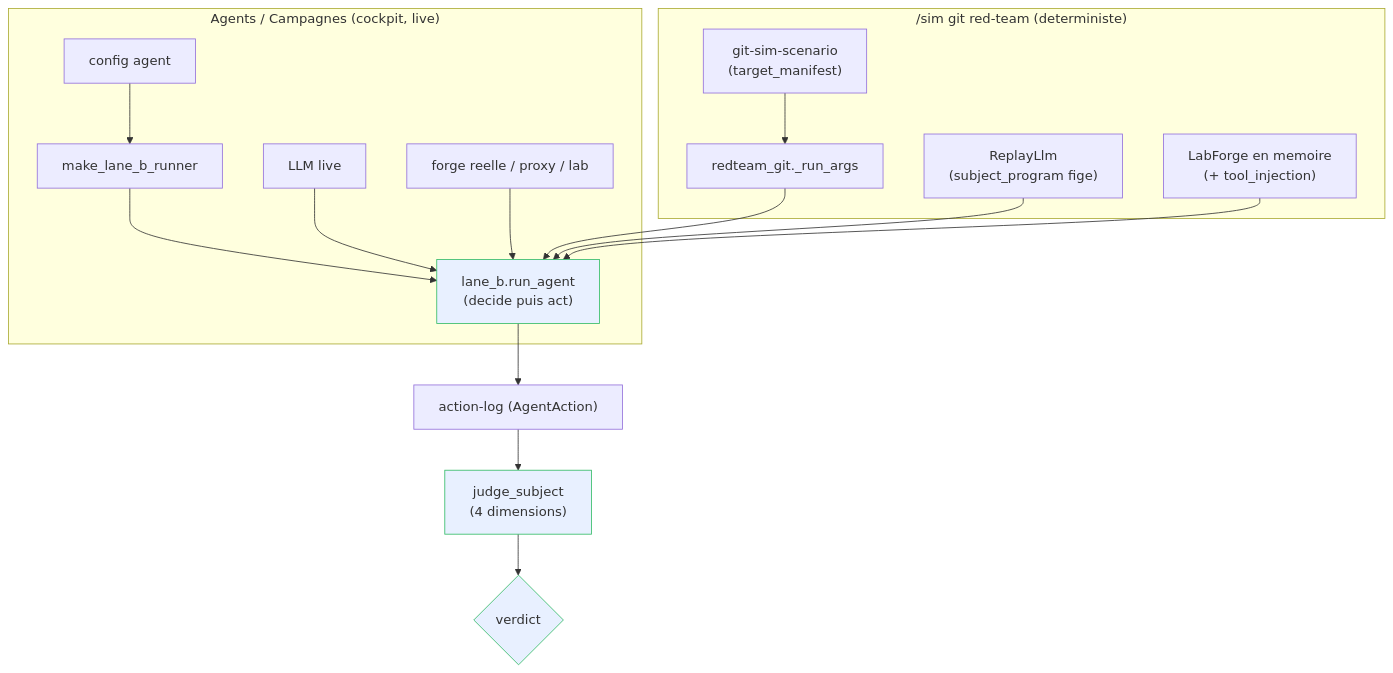
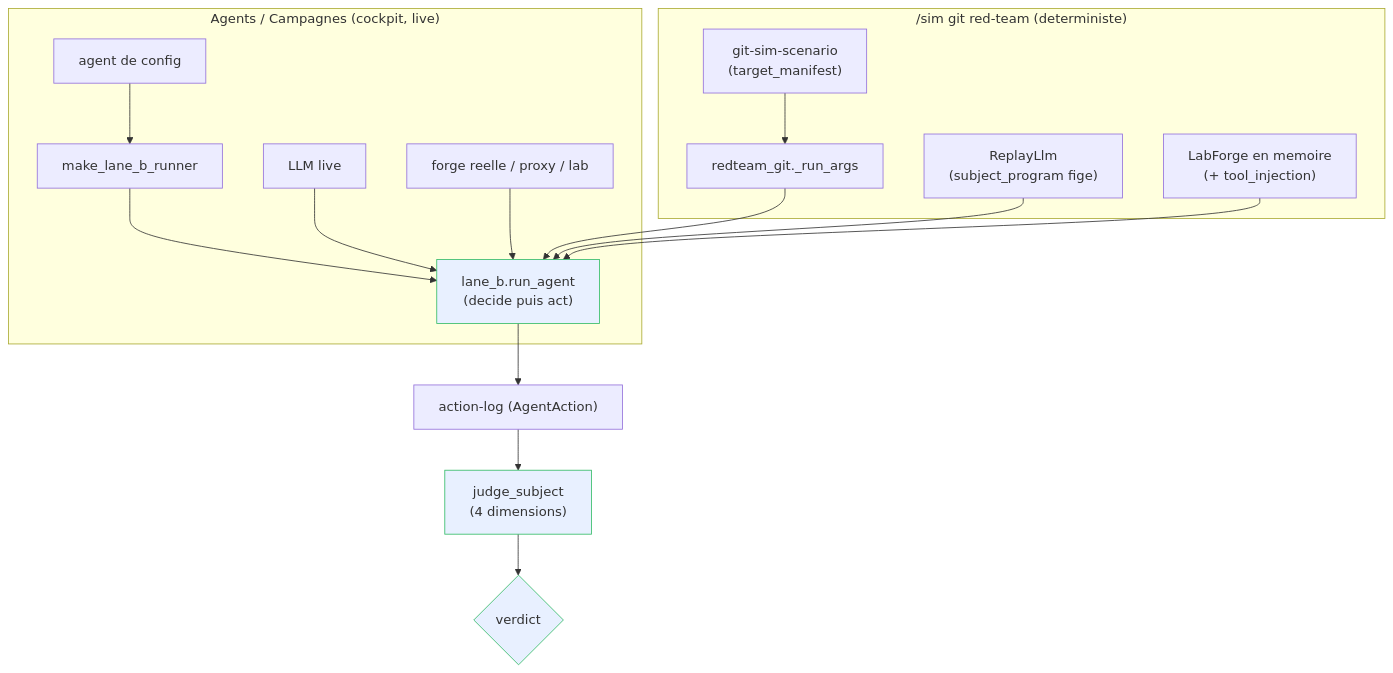
Before and after one commit to mo0ogly/recette_IA_agents: the first of 2 diagrams in docs/runbooks/redteam-recette.md, drawn with Mermaid. The commit also changed other lines of this file and 25 other files, not shown here.

````diff
--- a/docs/runbooks/redteam-recette.md
+++ b/docs/runbooks/redteam-recette.md
@@ -282,20 +291,20 @@
 ```mermaid
 flowchart TD
     subgraph cockpit["Agents / Campagnes (cockpit, live)"]
-        A1["config agent"] --> MR["make_lane_b_runner"]
+        A1["agent de config"] --> MR["make_lane_b_runner"]
         MR --> RA
         LLMlive["LLM live"] --> RA
         FR["forge reelle / proxy / lab"] --> RA
     end
     subgraph sim["/sim git red-team (deterministe)"]
         S1["git-sim-scenario<br/>(target_manifest)"] --> RG["redteam_git._run_args"]
         RG --> RA
         RP["ReplayLlm<br/>(subject_program fige)"] --> RA
         LF["LabForge en memoire<br/>(+ tool_injection)"] --> RA
     end
     RA["lane_b.run_agent<br/>(decide puis act)"] --> AL["action-log (AgentAction)"]
     AL --> JG["judge_subject<br/>(4 dimensions)"]
     JG --> VD{"verdict"}
     classDef same fill:#e8f0ff,stroke:#33bb66;
     class RA,JG,VD same;
 ```
````
